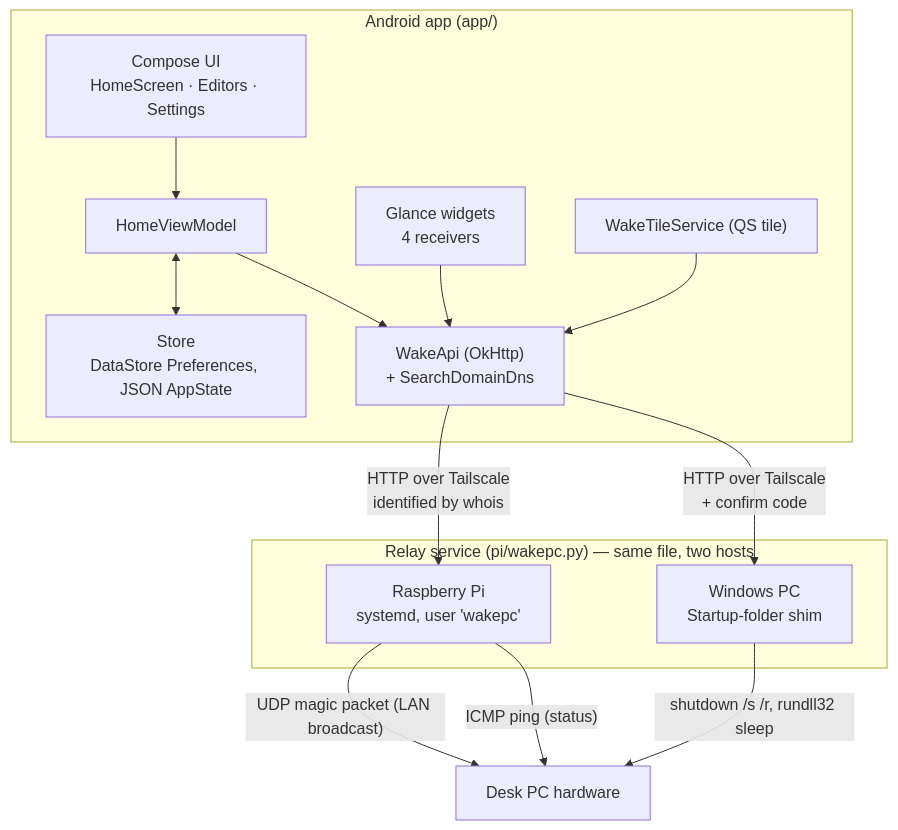
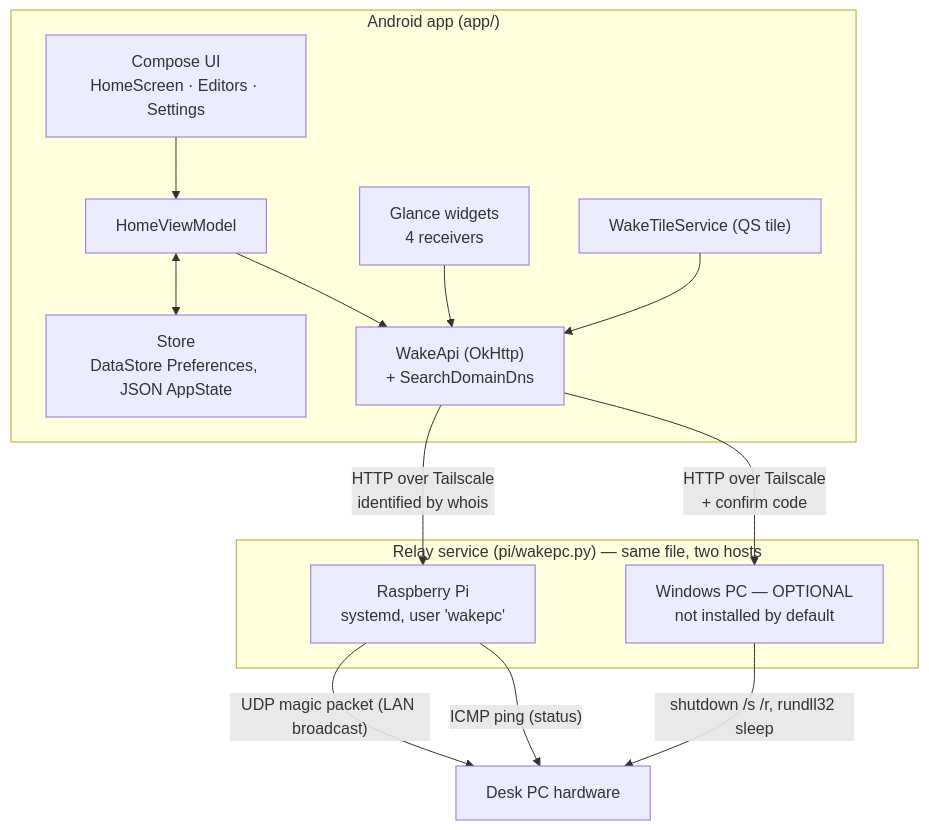
Before and after one commit to Bunbob41/WakePC: the diagram in docs/ENGINEERING.md, drawn with Mermaid. The commit also changed other lines of this file and 7 other files, not shown here.

````diff
--- a/docs/ENGINEERING.md
+++ b/docs/ENGINEERING.md
@@ -8,25 +8,25 @@
 ```mermaid
 flowchart TB
     subgraph android["Android app (app/)"]
         UI["Compose UI<br/>HomeScreen · Editors · Settings"]
         VM["HomeViewModel"]
         STORE["Store<br/>DataStore Preferences, JSON AppState"]
         API["WakeApi (OkHttp)<br/>+ SearchDomainDns"]
         W["Glance widgets<br/>4 receivers"]
         TILE["WakeTileService (QS tile)"]
     end
     subgraph relays["Relay service (pi/wakepc.py) — same file, two hosts"]
         PI["Raspberry Pi<br/>systemd, user 'wakepc'"]
-        PCS["Windows PC<br/>Startup-folder shim"]
+        PCS["Windows PC — OPTIONAL<br/>not installed by default"]
     end
     PC["Desk PC hardware"]
     UI --> VM --> API
     W --> API
     TILE --> API
     VM <--> STORE
     API -- "HTTP over Tailscale<br/>identified by whois" --> PI
     API -- "HTTP over Tailscale<br/>+ confirm code" --> PCS
     PI -- "UDP magic packet (LAN broadcast)" --> PC
     PI -- "ICMP ping (status)" --> PC
     PCS -- "shutdown /s /r, rundll32 sleep" --> PC
 ```
````
